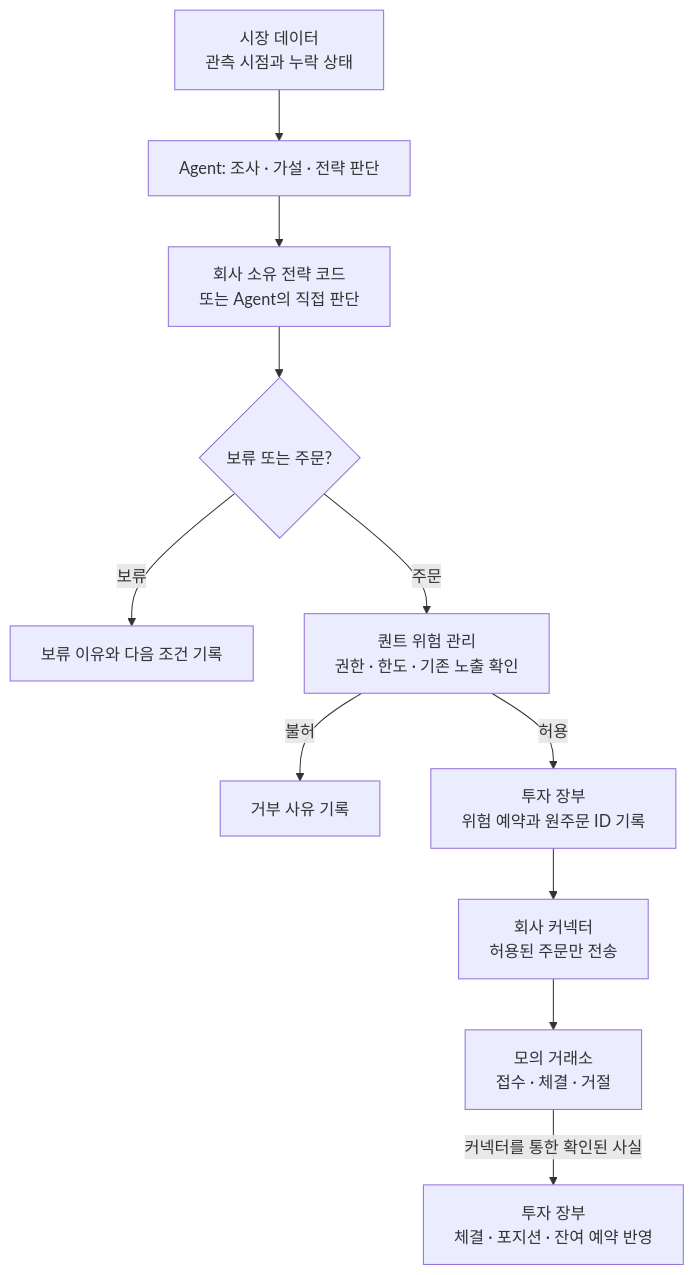
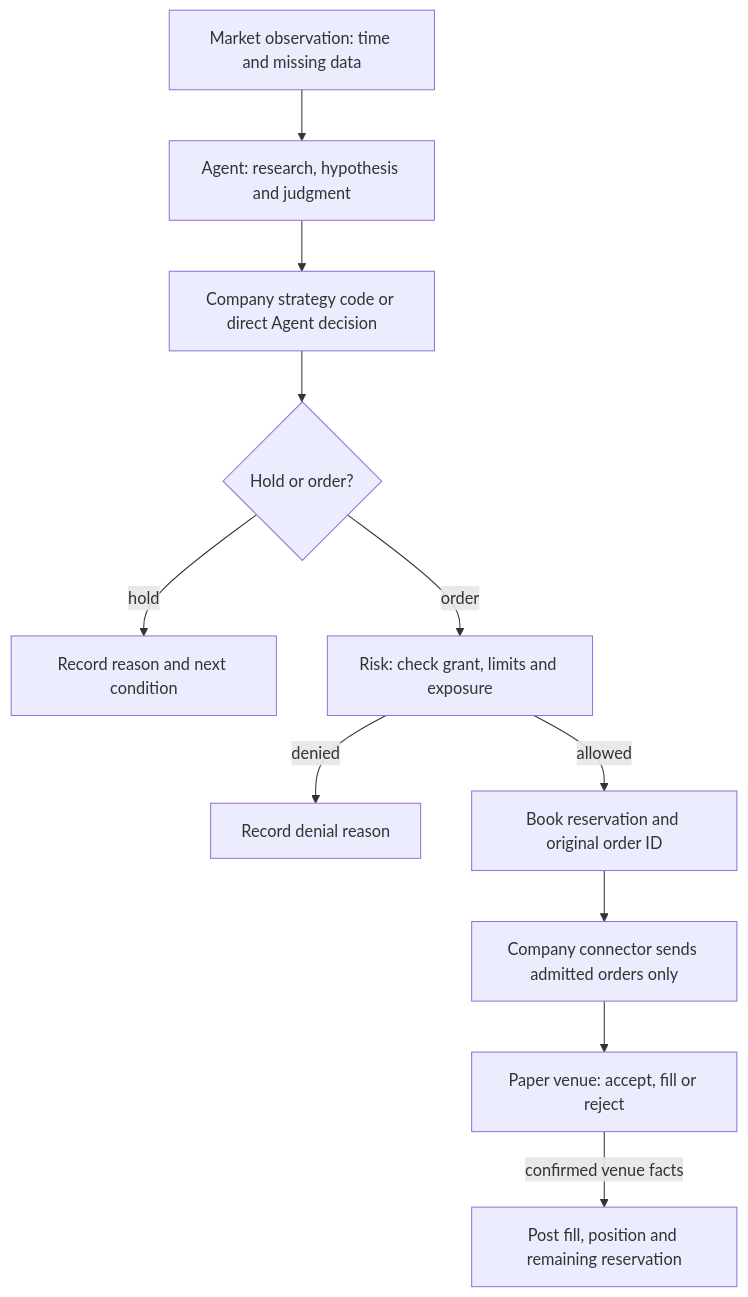
One commit to openboa-ai/sourdough changed the tenth of 16 diagrams in docs/company-agent-quant.md. Above: the diagram before and after it, drawn with Mermaid. The commit also changed other lines of this file and 29 other files, not shown here.

````diff
--- a/docs/company-agent-quant.md
+++ b/docs/company-agent-quant.md
@@ -279,20 +274,20 @@
 ```mermaid
 flowchart TD
-    Market["시장 데이터<br/>관측 시점과 누락 상태"]
-    Research["Agent: 조사 · 가설 · 전략 판단"]
-    Program["회사 소유 전략 코드<br/>또는 Agent의 직접 판단"]
-    Decision{"보류 또는 주문?"}
-    Hold["보류 이유와 다음 조건 기록"]
-    Risk["퀀트 위험 관리<br/>권한 · 한도 · 기존 노출 확인"]
-    Denied["거부 사유 기록"]
-    Reserve["투자 장부<br/>위험 예약과 원주문 ID 기록"]
-    Connector["회사 커넥터<br/>허용된 주문만 전송"]
-    Venue["모의 거래소<br/>접수 · 체결 · 거절"]
-    Ledger["투자 장부<br/>체결 · 포지션 · 잔여 예약 반영"]
+    Market["Market observation: time and missing data"]
+    Research["Agent: research, hypothesis and judgment"]
+    Program["Company strategy code or direct Agent decision"]
+    Decision{"Hold or order?"}
+    Hold["Record reason and next condition"]
+    Risk["Risk: check grant, limits and exposure"]
+    Denied["Record denial reason"]
+    Reserve["Book reservation and original order ID"]
+    Connector["Company connector sends admitted orders only"]
+    Venue["Paper venue: accept, fill or reject"]
+    Ledger["Post fill, position and remaining reservation"]
     Market --> Research --> Program --> Decision
-    Decision -->|보류| Hold
-    Decision -->|주문| Risk
-    Risk -->|불허| Denied
-    Risk -->|허용| Reserve --> Connector --> Venue
-    Venue -->|커넥터를 통한 확인된 사실| Ledger
+    Decision -->|hold| Hold
+    Decision -->|order| Risk
+    Risk -->|denied| Denied
+    Risk -->|allowed| Reserve --> Connector --> Venue
+    Venue -->|confirmed venue facts| Ledger
 ```
````
